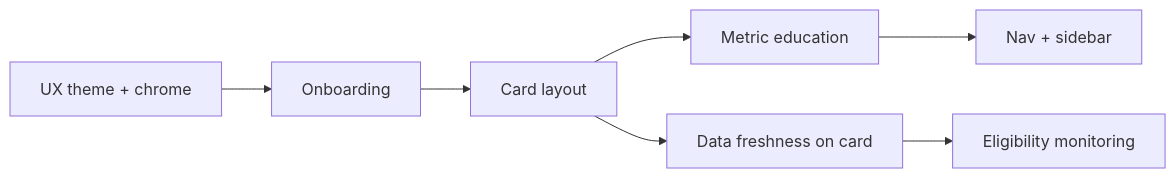
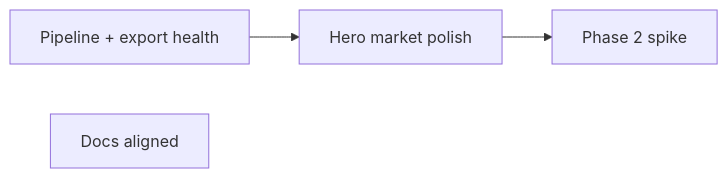
One commit to ramialfahham/stock-explorer-app changed the diagram in docs/product_roadmap_2026-06.md. Above: the diagram before and after it, drawn with Mermaid. The commit also changed other lines of this file and 3 other files, not shown here.

First line of the commit message:
Align north_star and roadmap with v2.2; remove debug logging.

````diff
--- a/docs/product_roadmap_2026-06.md
+++ b/docs/product_roadmap_2026-06.md
@@ -14,13 +40,8 @@
 ```mermaid
 flowchart LR
-  UX1[UX theme + chrome]
-  UX2[Onboarding]
-  UX3[Card layout]
-  UX4[Metric education]
-  UX5[Nav + sidebar]
-  Data1[Data freshness on card]
-  Ops1[Eligibility monitoring]
-  UX1 --> UX2 --> UX3 --> UX4 --> UX5
-  UX3 --> Data1
-  Data1 --> Ops1
+  Ops1[Pipeline + export health]
+  Hero[Hero market polish]
+  Docs[Docs aligned]
+  Ops1 --> Hero
+  Hero --> Phase2[Phase 2 spike]
 ```
````
